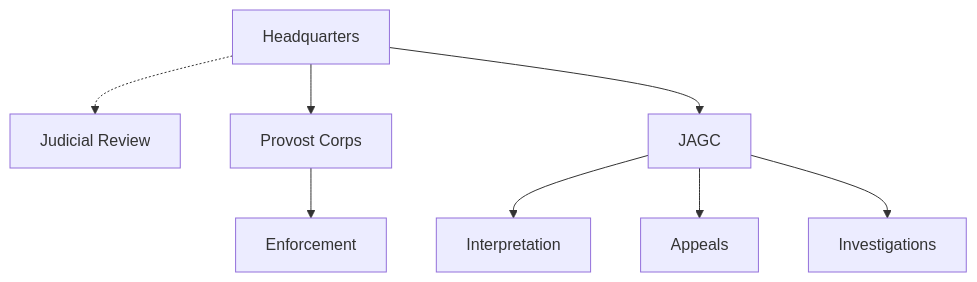
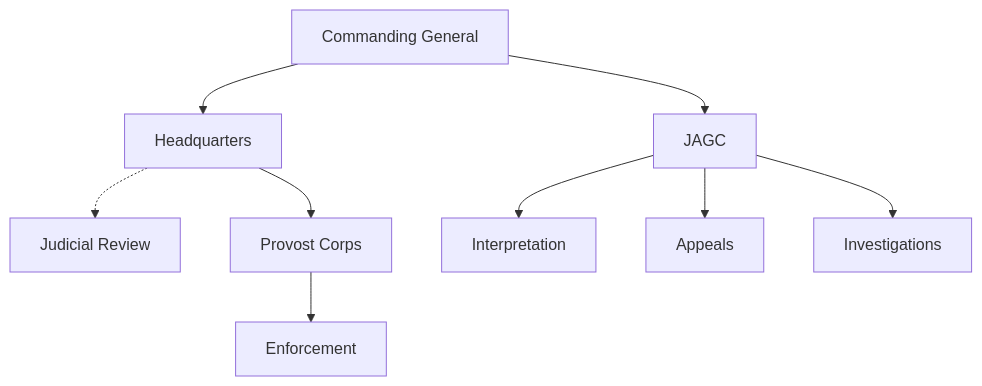
One commit to mochathehuman/uaml changed the diagram in docs/command-reporting.md. Above: the diagram before and after it, drawn with Mermaid.

Commit message:
fix flowchart

````diff
--- a/docs/command-reporting.md
+++ b/docs/command-reporting.md
@@ -9,19 +9,21 @@
 ```mermaid
 graph TD
     A[Headquarters]
     A1[Judicial Review]
     B[Provost Corps]
     B1[Enforcement]
+    C[Commanding General]
     G[JAGC]
     G1[Interpretation]
     G2[Appeals]
     G3[Investigations]
 
+    C-->A
     A-->B
     A-.->A1
     B-->B1
-    A-->G
+    C-->G
     G-->G1
     G-->G2
     G-->G3
 ```
````
